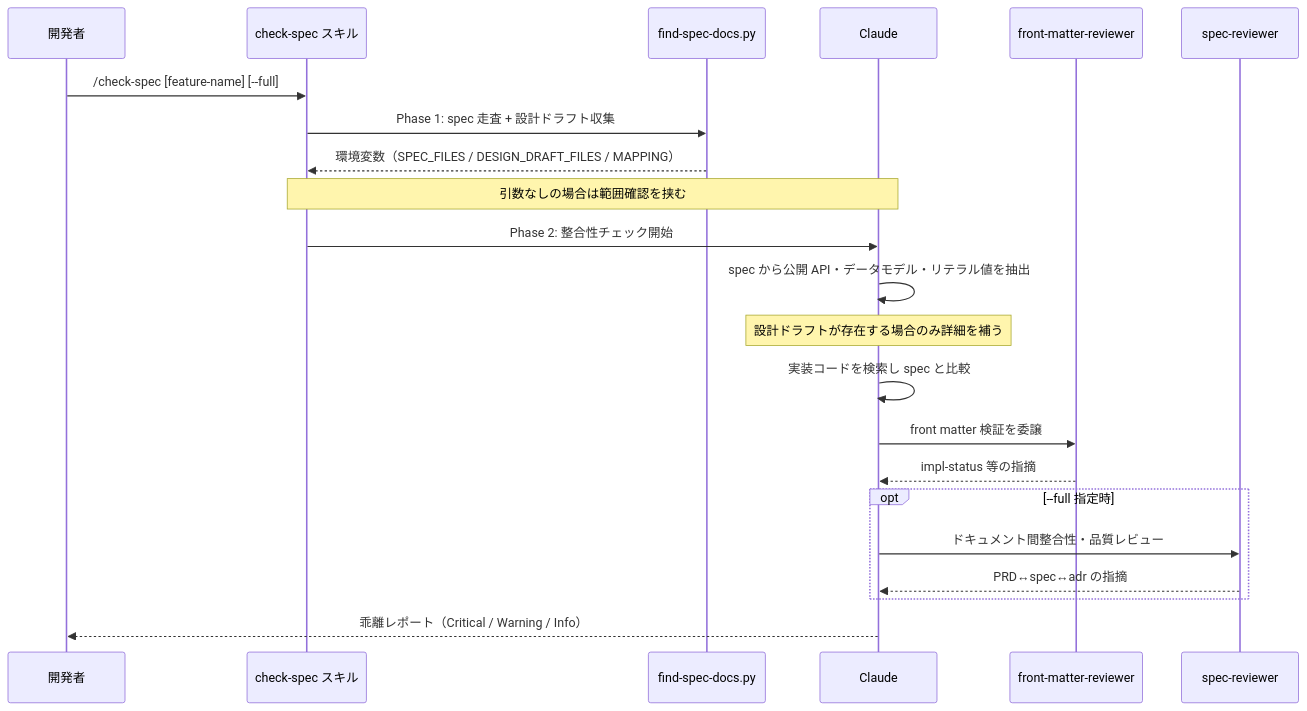
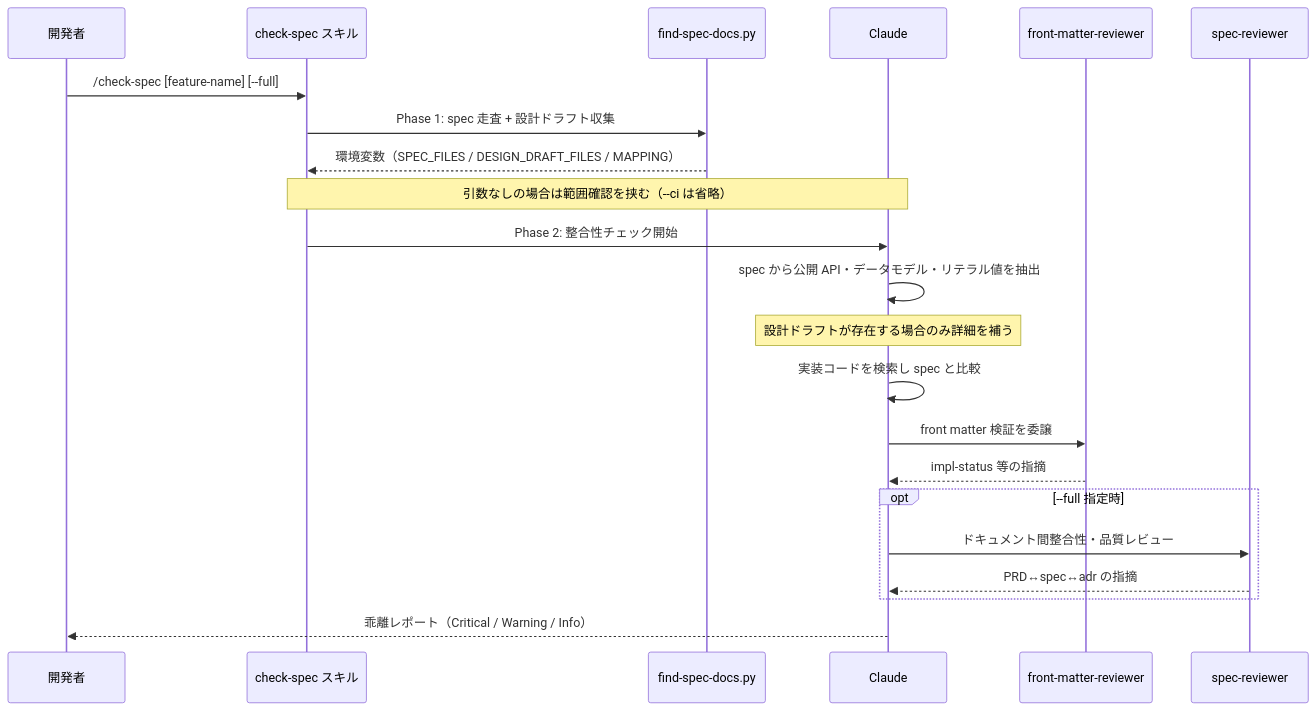
The diagram in .sdd/specification/quality-guardrails/impl-spec-check_spec.md (ToshikiImagawa/ai-sdd-workflow-dev), drawn with Mermaid before and after one commit. The commit also changed other lines of this file and 7 other files, not shown here.

````diff
--- a/.sdd/specification/quality-guardrails/impl-spec-check_spec.md
+++ b/.sdd/specification/quality-guardrails/impl-spec-check_spec.md
@@ -191,25 +193,25 @@
 ```mermaid
 sequenceDiagram
     participant Dev as 開発者
     participant Skill as check-spec スキル
     participant Script as find-spec-docs.py
     participant Claude
     participant FMR as front-matter-reviewer
     participant SR as spec-reviewer
 
     Dev ->> Skill: /check-spec [feature-name] [--full]
     Skill ->> Script: Phase 1: spec 走査 + 設計ドラフト収集
     Script -->> Skill: 環境変数（SPEC_FILES / DESIGN_DRAFT_FILES / MAPPING）
-    Note over Skill,Claude: 引数なしの場合は範囲確認を挟む
+    Note over Skill,Claude: 引数なしの場合は範囲確認を挟む（--ci は省略）
     Skill ->> Claude: Phase 2: 整合性チェック開始
     Claude ->> Claude: spec から公開 API・データモデル・リテラル値を抽出
     Note over Claude: 設計ドラフトが存在する場合のみ詳細を補う
     Claude ->> Claude: 実装コードを検索し spec と比較
     Claude ->> FMR: front matter 検証を委譲
     FMR -->> Claude: impl-status 等の指摘
     opt --full 指定時
         Claude ->> SR: ドキュメント間整合性・品質レビュー
         SR -->> Claude: PRD↔spec↔adr の指摘
     end
     Claude -->> Dev: 乖離レポート（Critical / Warning / Info）
 ```
````
